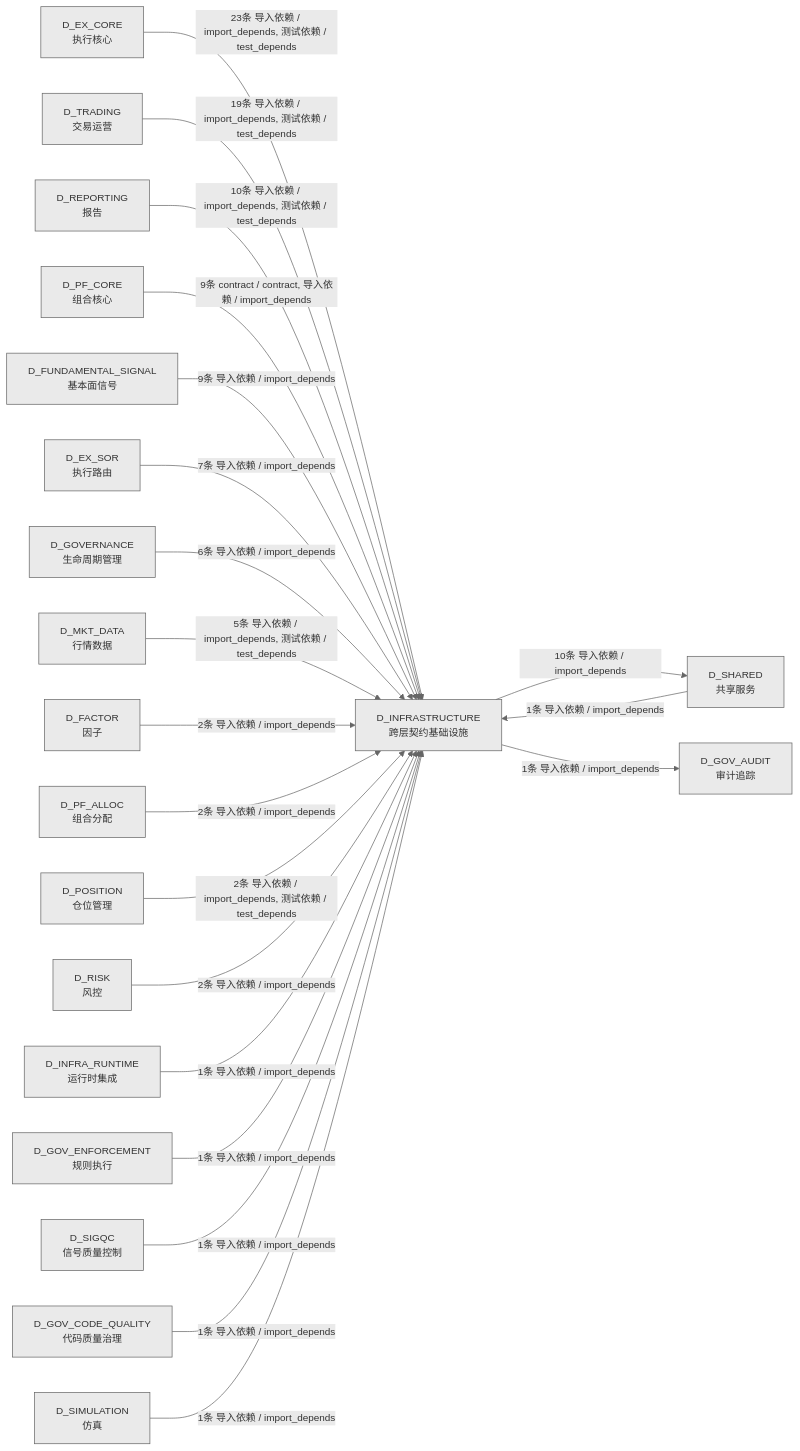
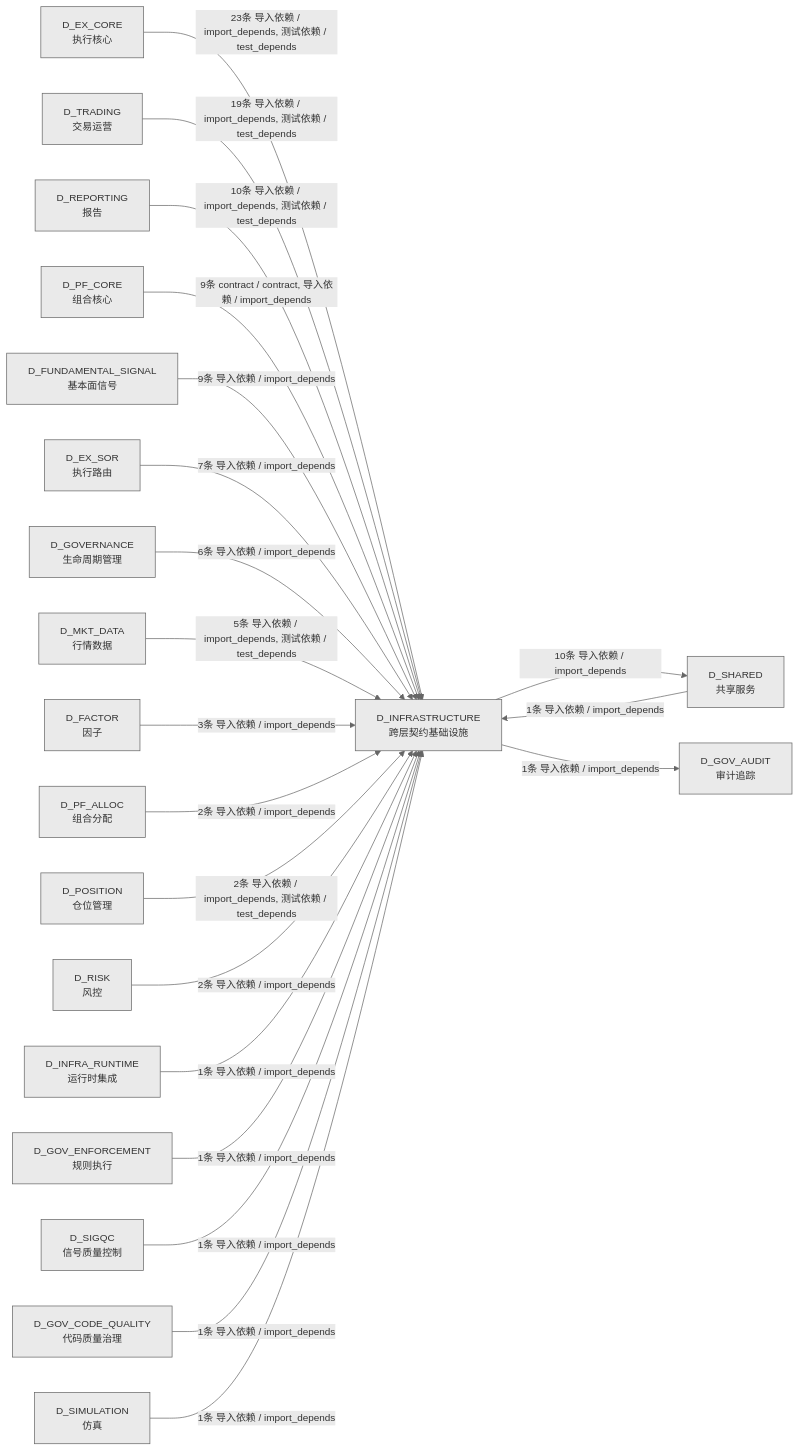
One commit to xuanFelixVan/ZephyrAlpha changed the third of 3 diagrams in docs/02_enterprise_architecture/02_domain_architecture_docs/02_d_infrastructure.md. Above: the diagram before and after it, drawn with Mermaid. The commit also changed other lines of this file and 50 other files, not shown here.

````diff
--- a/docs/02_enterprise_architecture/02_domain_architecture_docs/02_d_infrastructure.md
+++ b/docs/02_enterprise_architecture/02_domain_architecture_docs/02_d_infrastructure.md
@@ -349,44 +349,44 @@
 ```mermaid
 %%{init: {'theme': 'base', 'themeVariables': {'primaryColor': '#eaeaea', 'primaryTextColor': '#333333', 'primaryBorderColor': '#666666', 'lineColor': '#666666', 'secondaryColor': '#eaeaea', 'tertiaryColor': '#eaeaea', 'fontSize': '14px'}}}%%
 graph LR
     D_INFRASTRUCTURE["D_INFRASTRUCTURE<br/>跨层契约基础设施"]
     D_SHARED["D_SHARED<br/>共享服务"]
     D_GOV_AUDIT["D_GOV_AUDIT<br/>审计追踪"]
     D_EX_CORE["D_EX_CORE<br/>执行核心"]
     D_TRADING["D_TRADING<br/>交易运营"]
     D_REPORTING["D_REPORTING<br/>报告"]
     D_PF_CORE["D_PF_CORE<br/>组合核心"]
     D_FUNDAMENTAL_SIGNAL["D_FUNDAMENTAL_SIGNAL<br/>基本面信号"]
     D_EX_SOR["D_EX_SOR<br/>执行路由"]
     D_GOVERNANCE["D_GOVERNANCE<br/>生命周期管理"]
     D_MKT_DATA["D_MKT_DATA<br/>行情数据"]
     D_FACTOR["D_FACTOR<br/>因子"]
     D_PF_ALLOC["D_PF_ALLOC<br/>组合分配"]
     D_POSITION["D_POSITION<br/>仓位管理"]
     D_RISK["D_RISK<br/>风控"]
     D_INFRA_RUNTIME["D_INFRA_RUNTIME<br/>运行时集成"]
     D_GOV_ENFORCEMENT["D_GOV_ENFORCEMENT<br/>规则执行"]
     D_SIGQC["D_SIGQC<br/>信号质量控制"]
     D_GOV_CODE_QUALITY["D_GOV_CODE_QUALITY<br/>代码质量治理"]
     D_SIMULATION["D_SIMULATION<br/>仿真"]
     D_INFRASTRUCTURE -->|10条 导入依赖 / import_depends| D_SHARED
     D_INFRASTRUCTURE -->|1条 导入依赖 / import_depends| D_GOV_AUDIT
     D_EX_CORE -->|23条 导入依赖 / import_depends, 测试依赖 / test_depends| D_INFRASTRUCTURE
     D_TRADING -->|19条 导入依赖 / import_depends, 测试依赖 / test_depends| D_INFRASTRUCTURE
     D_REPORTING -->|10条 导入依赖 / import_depends, 测试依赖 / test_depends| D_INFRASTRUCTURE
     D_PF_CORE -->|9条 contract / contract, 导入依赖 / import_depends| D_INFRASTRUCTURE
     D_FUNDAMENTAL_SIGNAL -->|9条 导入依赖 / import_depends| D_INFRASTRUCTURE
     D_EX_SOR -->|7条 导入依赖 / import_depends| D_INFRASTRUCTURE
     D_GOVERNANCE -->|6条 导入依赖 / import_depends| D_INFRASTRUCTURE
     D_MKT_DATA -->|5条 导入依赖 / import_depends, 测试依赖 / test_depends| D_INFRASTRUCTURE
-    D_FACTOR -->|2条 导入依赖 / import_depends| D_INFRASTRUCTURE
+    D_FACTOR -->|3条 导入依赖 / import_depends| D_INFRASTRUCTURE
     D_PF_ALLOC -->|2条 导入依赖 / import_depends| D_INFRASTRUCTURE
     D_POSITION -->|2条 导入依赖 / import_depends, 测试依赖 / test_depends| D_INFRASTRUCTURE
     D_RISK -->|2条 导入依赖 / import_depends| D_INFRASTRUCTURE
     D_INFRA_RUNTIME -->|1条 导入依赖 / import_depends| D_INFRASTRUCTURE
     D_GOV_ENFORCEMENT -->|1条 导入依赖 / import_depends| D_INFRASTRUCTURE
     D_SHARED -->|1条 导入依赖 / import_depends| D_INFRASTRUCTURE
     D_SIGQC -->|1条 导入依赖 / import_depends| D_INFRASTRUCTURE
     D_GOV_CODE_QUALITY -->|1条 导入依赖 / import_depends| D_INFRASTRUCTURE
     D_SIMULATION -->|1条 导入依赖 / import_depends| D_INFRASTRUCTURE
 ```
````
